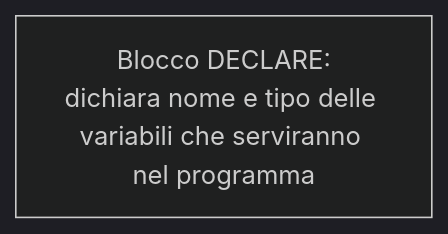
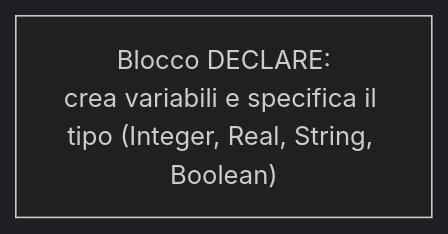
Before and after one commit to Federob/infohandouts: the first of 7 diagrams in docs/algocoding/01_flowgorithm.md, drawn with Mermaid (dark theme). The commit also changed other lines of this file, not shown here.

````diff
--- a/docs/algocoding/01_flowgorithm.md
+++ b/docs/algocoding/01_flowgorithm.md
@@ -38,4 +37,4 @@
 ```mermaid
 flowchart LR
-    A["Blocco DECLARE:<br/>dichiara nome e tipo delle variabili che serviranno nel programma"]
+    A["Blocco DECLARE:<br/>crea variabili e specifica il tipo (Integer, Real, String, Boolean)"]
 ```
````
